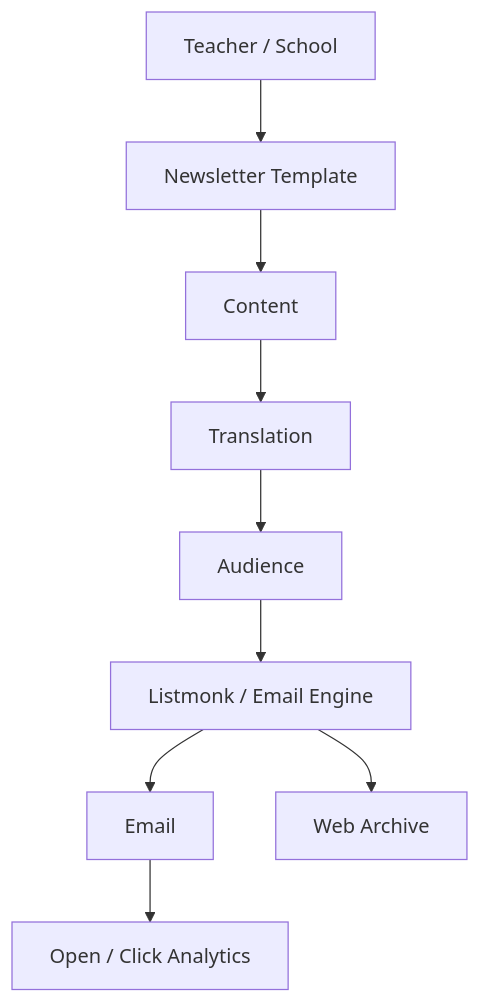
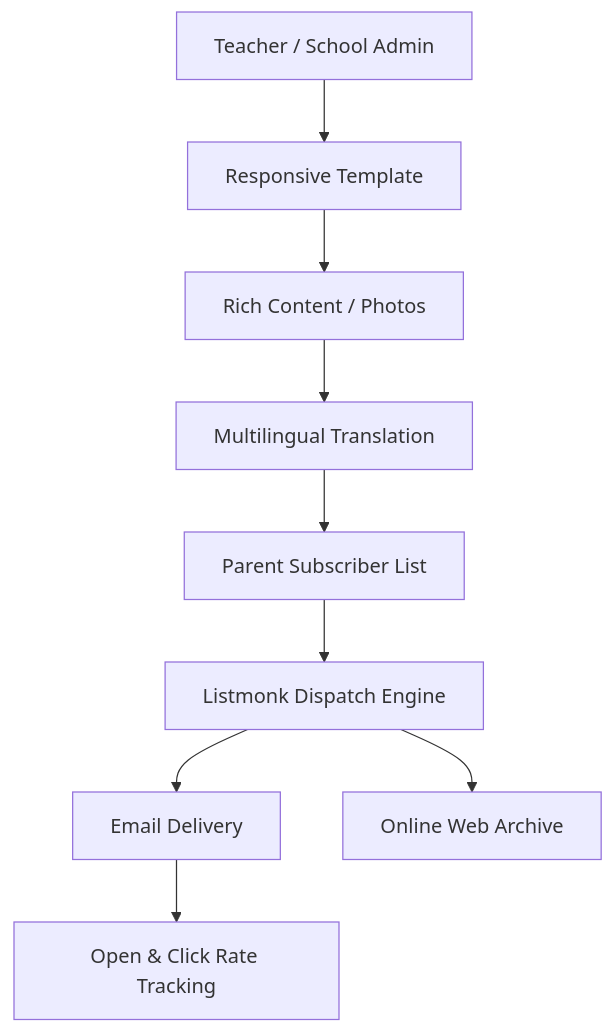
The fifth of 7 diagrams in README.md (ishandutta2007/Awesome-School-Communication), drawn with Mermaid before and after one commit. The commit also changed other lines of this file and 2 other files, not shown here.

Commit message:
feat: enhance README with banner, social preview, SEO, sorted SaaS valuation, open-source star badges, and star history

````diff
--- a/README.md
+++ b/README.md
@@ -1478,32 +516,11 @@
 ```mermaid
 flowchart TD
-
-    AUTHOR[Teacher / School]
-
-    TEMPLATE[Newsletter Template]
-
-    CONTENT[Content]
-
-    TRANSLATE[Translation]
-
-    AUDIENCE[Audience]
-
-    LISTMONK[Listmonk / Email Engine]
-
-    EMAIL[Email]
-
-    WEB[Web Archive]
-
-    ANALYTICS[Open / Click Analytics]
-
-    AUTHOR --> TEMPLATE
-    TEMPLATE --> CONTENT
-    CONTENT --> TRANSLATE
-    TRANSLATE --> AUDIENCE
-    AUDIENCE --> LISTMONK
-
-    LISTMONK --> EMAIL
-    LISTMONK --> WEB
-
-    EMAIL --> ANALYTICS
+    AUTHOR[Teacher / School Admin] --> TEMPLATE[Responsive Template]
+    TEMPLATE --> CONTENT[Rich Content / Photos]
+    CONTENT --> TRANSLATE[Multilingual Translation]
+    TRANSLATE --> AUDIENCE[Parent Subscriber List]
+    AUDIENCE --> LISTMONK[Listmonk Dispatch Engine]
+    LISTMONK --> EMAIL[Email Delivery]
+    LISTMONK --> WEB[Online Web Archive]
+    EMAIL --> ANALYTICS[Open & Click Rate Tracking]
 ```
````
